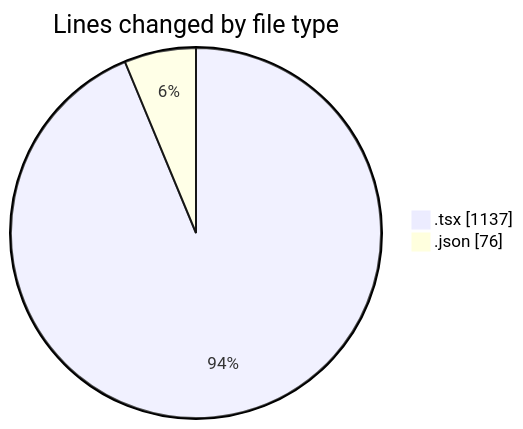
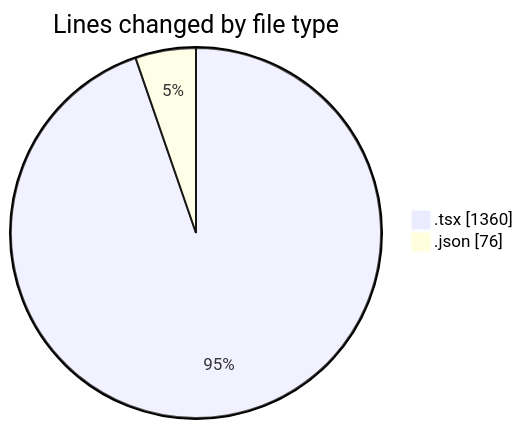
The first of 2 diagrams in 2026-01-30/nxtqube_webapp/README.md (nxtqubesakshisongat/code-tracking), drawn with Mermaid before and after one commit. The commit also changed other lines of this file and 1 other file, not shown here.

````diff
--- a/2026-01-30/nxtqube_webapp/README.md
+++ b/2026-01-30/nxtqube_webapp/README.md
@@ -23,6 +23,6 @@
 ```mermaid
 pie showData
 title Lines changed by file type
-".tsx" : 1137
+".tsx" : 1360
 ".json" : 76
 ```
````
